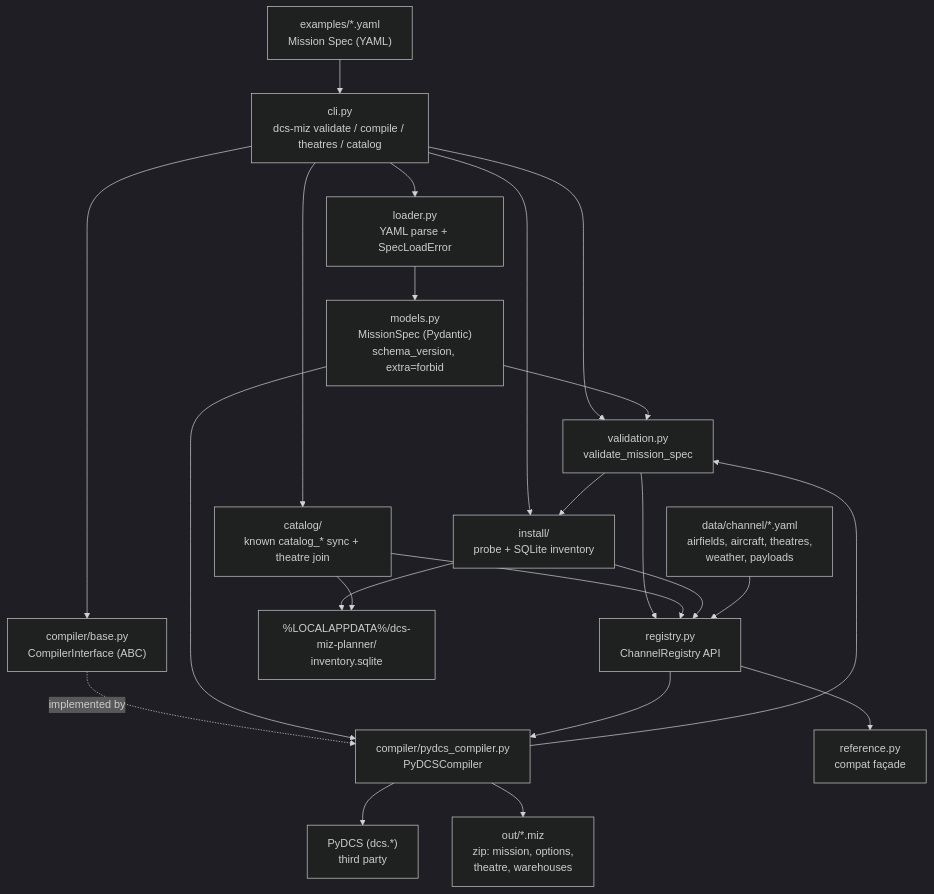
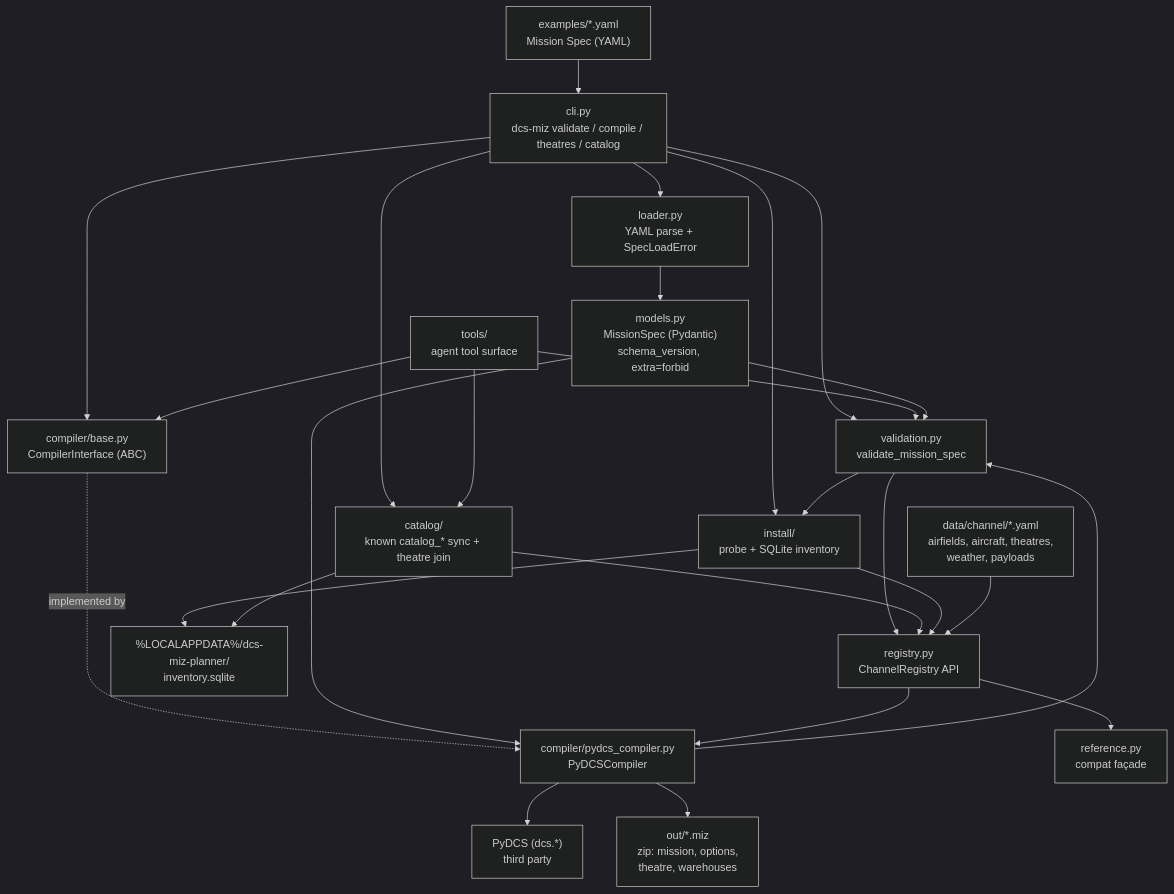
Before and after one commit to amalaguti/dcs-miz-planner-agentic: the diagram in docs/ARCHITECTURE.md, drawn with Mermaid (dark theme). The commit also changed other lines of this file and 12 other files, not shown here.

First line of the commit message:
Add agent tools surface over catalog lookups and validate/compile.

````diff
--- a/docs/ARCHITECTURE.md
+++ b/docs/ARCHITECTURE.md
@@ -12,39 +12,43 @@
 ```mermaid
 flowchart TD
     yaml["examples/*.yaml<br/>Mission Spec (YAML)"]
     cli["cli.py<br/>dcs-miz validate / compile / theatres / catalog"]
     loader["loader.py<br/>YAML parse + SpecLoadError"]
     models["models.py<br/>MissionSpec (Pydantic)<br/>schema_version, extra=forbid"]
     validation["validation.py<br/>validate_mission_spec"]
     base["compiler/base.py<br/>CompilerInterface (ABC)"]
     pydcs["compiler/pydcs_compiler.py<br/>PyDCSCompiler"]
     registry["registry.py<br/>ChannelRegistry API"]
     data["data/channel/*.yaml<br/>airfields, aircraft, theatres,<br/>weather, payloads"]
     catalog["catalog/<br/>known catalog_* sync + theatre join"]
+    tools["tools/<br/>agent tool surface"]
     install["install/<br/>probe + SQLite inventory"]
     invdb["%LOCALAPPDATA%/dcs-miz-planner/<br/>inventory.sqlite"]
     ref["reference.py<br/>compat façade"]
     lib["PyDCS (dcs.*)<br/>third party"]
     miz["out/*.miz<br/>zip: mission, options,<br/>theatre, warehouses"]
 
     yaml --> cli --> loader --> models
     cli --> validation
     cli --> base
     cli --> install
     cli --> catalog
+    tools --> catalog
+    tools --> validation
+    tools --> base
     models --> validation
     validation --> registry
     validation --> install
     install --> invdb
     catalog --> invdb
     catalog --> registry
     install --> registry
     base -.implemented by.-> pydcs
     models --> pydcs
     pydcs --> validation
     data --> registry
     registry --> pydcs
     registry --> ref
     pydcs --> lib
     pydcs --> miz
 ```
````
